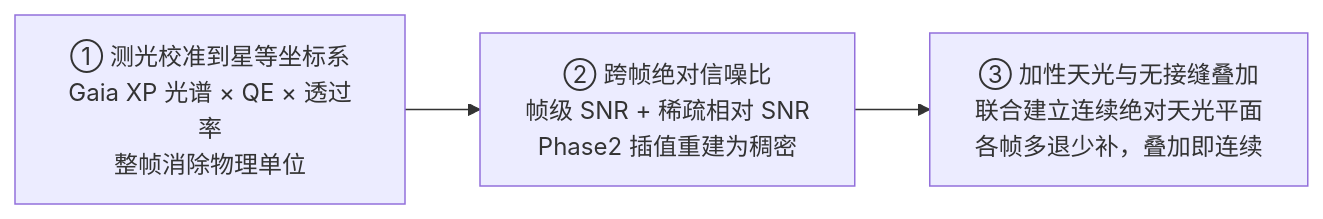
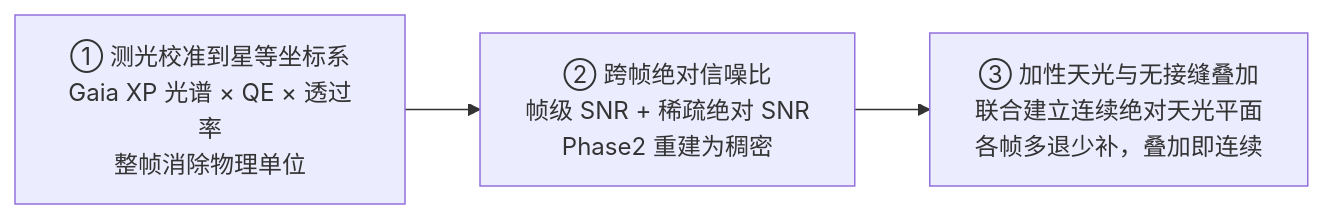
Before and after one commit to fujiaze/Astro-CS-Database: the third of 12 diagrams in ASTROCS_DESIGN.md, drawn with Mermaid. The commit also changed other lines of this file and 4 other files, not shown here.

````diff
--- a/ASTROCS_DESIGN.md
+++ b/ASTROCS_DESIGN.md
@@ -100,5 +110,5 @@
 ```mermaid
 flowchart LR
-    A["① 测光校准到星等坐标系<br/>Gaia XP 光谱 × QE × 透过率<br/>整帧消除物理单位"] --> B["② 跨帧绝对信噪比<br/>帧级 SNR + 稀疏相对 SNR<br/>Phase2 插值重建为稠密"]
+    A["① 测光校准到星等坐标系<br/>Gaia XP 光谱 × QE × 透过率<br/>整帧消除物理单位"] --> B["② 跨帧绝对信噪比<br/>帧级 SNR + 稀疏绝对 SNR<br/>Phase2 重建为稠密"]
     B --> C["③ 加性天光与无接缝叠加<br/>联合建立连续绝对天光平面<br/>各帧多退少补，叠加即连续"]
 ```
````
